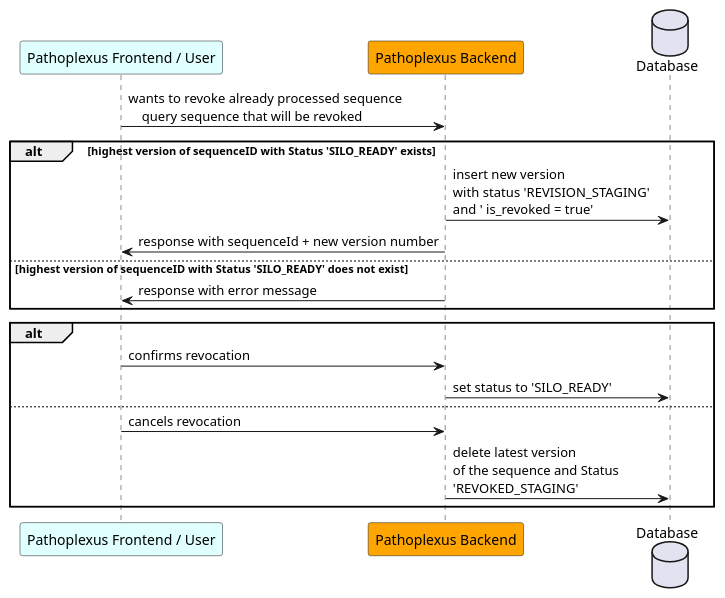
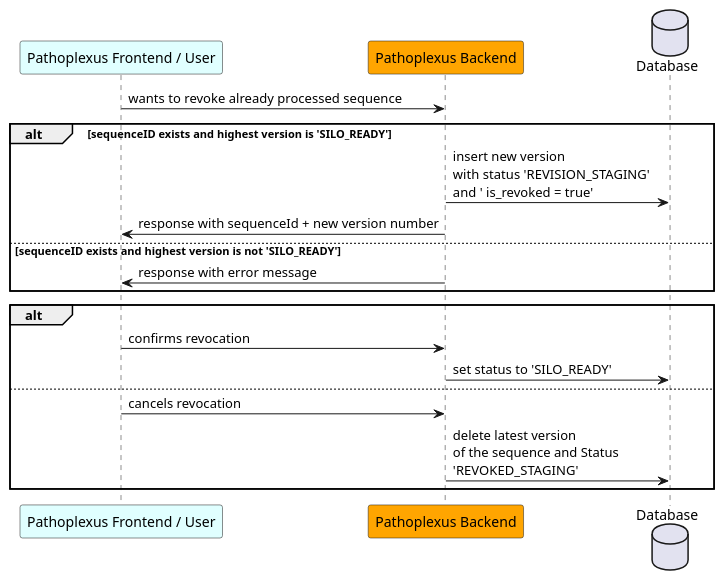
The diagram in backend/docs/plantuml/sequenceRevocation.puml (loculus-project/loculus), drawn with PlantUML before and after one commit. The commit also changed 6 other files, not shown here.

```diff
--- a/backend/docs/plantuml/sequenceRevocation.puml
+++ b/backend/docs/plantuml/sequenceRevocation.puml
@@ -1,23 +1,22 @@
 @startuml
     participant "Pathoplexus Frontend / User" as frontend #LightCyan
     participant "Pathoplexus Backend" as backend #Orange
     database "Database" as DB
 
-    frontend -> backend: wants to revoke already processed sequence\n\
-    query sequence that will be revoked
+    frontend -> backend: wants to revoke already processed sequence
 
-     alt highest version of sequenceID with Status 'SILO_READY' exists
+     alt sequenceID exists and highest version is 'SILO_READY'
         backend -> DB: insert new version\nwith status 'REVISION_STAGING' \nand ' is_revoked = true'
     backend -> frontend: response with sequenceId + new version number
-    else highest version of sequenceID with Status 'SILO_READY' does not exist
+    else sequenceID exists and highest version is not 'SILO_READY'
         backend -> frontend: response with error message
     end
 
     alt
         frontend -> backend: confirms revocation
         backend -> DB: set status to 'SILO_READY'
     else
         frontend -> backend: cancels revocation
         backend -> DB: delete latest version \nof the sequence and Status \n'REVOKED_STAGING'
     end
 @enduml
```
